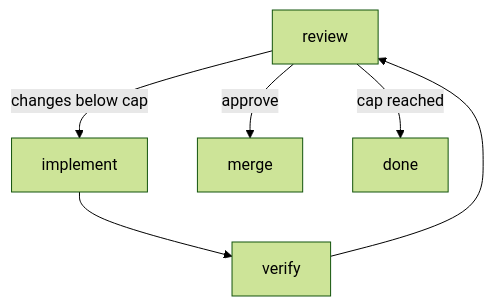
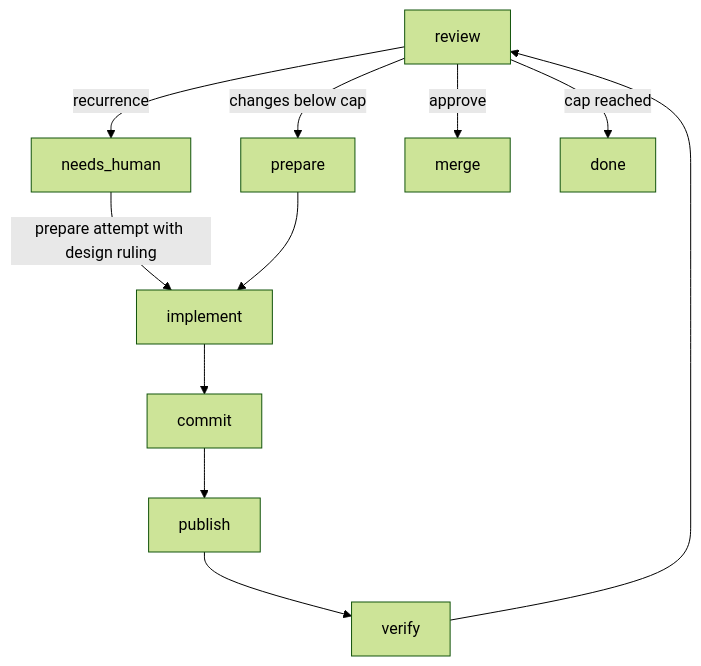
The diagram in docs/review-rounds.mmd (bookout-labs/tools), drawn with Mermaid (forest theme) before and after one commit. The commit also changed 12 other files, not shown here.

```diff
--- a/docs/review-rounds.mmd
+++ b/docs/review-rounds.mmd
@@ -1,6 +1,11 @@
 flowchart TD
-    review -->|changes below cap|implement
-    implement --> verify
+    review -->|recurrence|needs_human
+    needs_human -->|prepare attempt with design ruling|implement
+    review -->|changes below cap|prepare
+    prepare --> implement
+    implement --> commit
+    commit --> publish
+    publish --> verify
     verify --> review
     review -->|approve|merge
     review -->|cap reached|done
```
